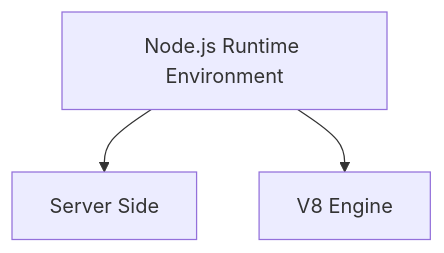
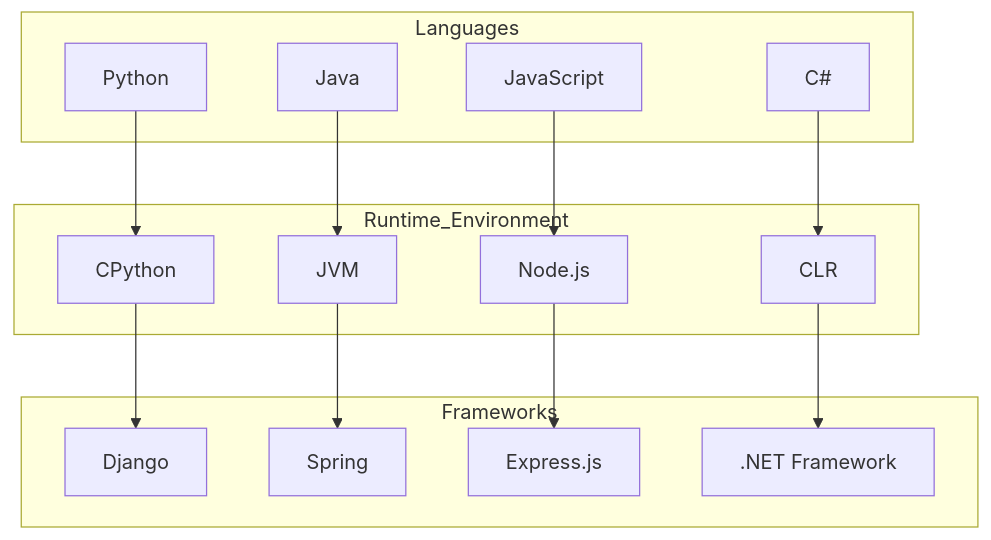
The second of 6 diagrams in node-js/node-js-interview/nodejs-basics.md (Sai-Krishna1001/Javascript-Interview), drawn with Mermaid before and after one commit. The commit also changed other lines of this file, not shown here.

````diff
--- a/node-js/node-js-interview/nodejs-basics.md
+++ b/node-js/node-js-interview/nodejs-basics.md
@@ -21,9 +22,34 @@
 ```mermaid
 graph TD;
-    A[Node.js Runtime Environment]
-    B[Server Side]
-    C[V8 Engine]
+    subgraph Languages
+        A[Python]
+        B[Java]
+        C[JavaScript]
+        D[C#]
+    end
+    
+    subgraph Runtime_Environment
+        E[CPython]
+        F[JVM]
+        G[Node.js]
+        H[CLR]
+    end
+    
+    subgraph Frameworks
+        I[Django]
+        J[Spring]
+        K[Express.js]
+        L[.NET Framework]
+    end
+    
+    A --> E
+    B --> F
+    C --> G
+    D --> H
+    
+    E --> I
+    F --> J
+    G --> K
+    H --> L
 
-    A --> B
-    A --> C
 ```
````
